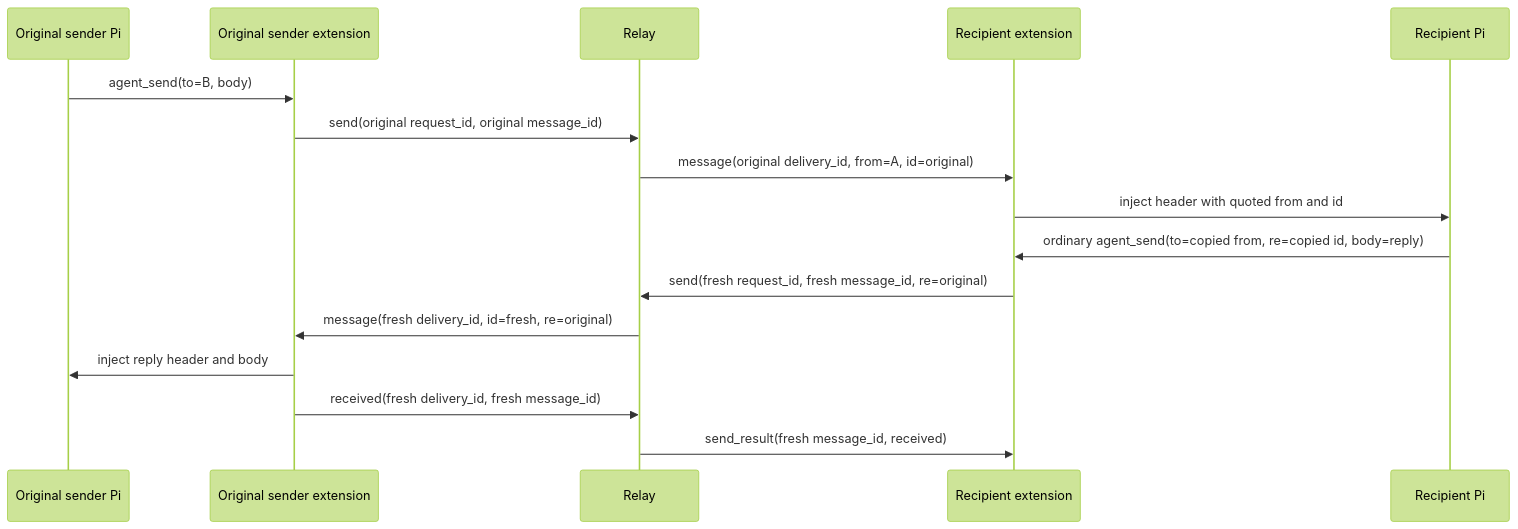
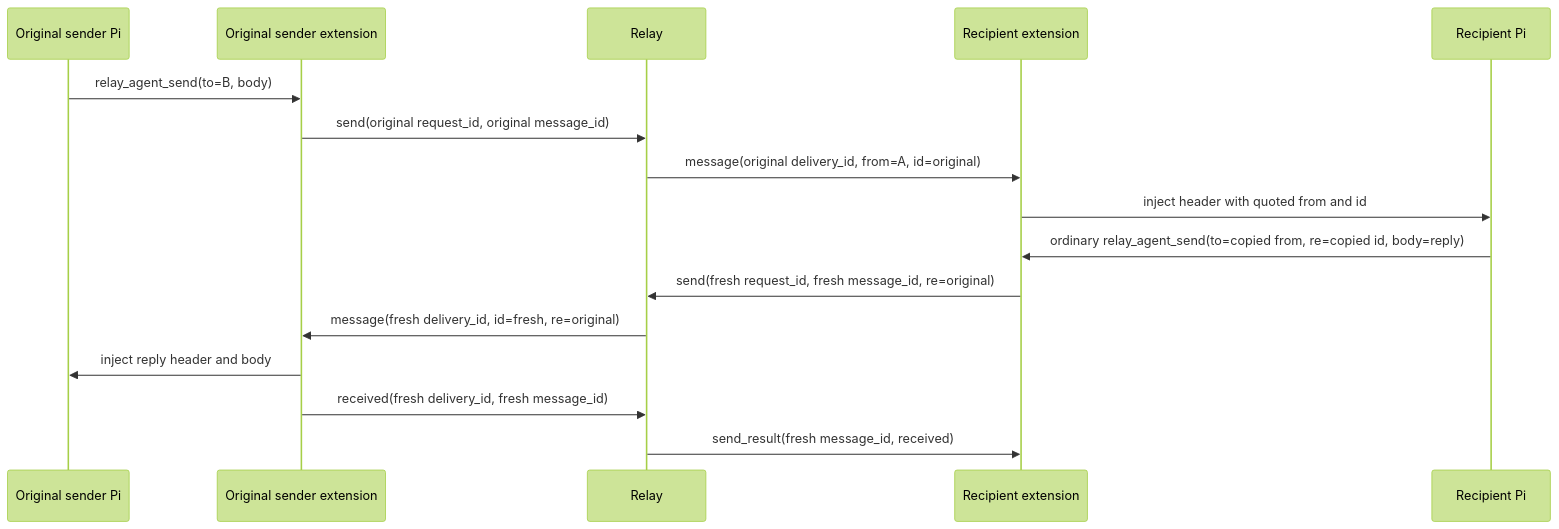
One commit to tigorlazuardi/pi-messaging-relay changed the second of 2 diagrams in docs/src/content/docs/developer/relay/message-delivery.mdx. Above: the diagram before and after it, drawn with Mermaid (forest theme). The commit also changed other lines of this file and 23 other files, not shown here.

First line of the commit message:
feat(extension)!: rename model tools to relay_list_peers and relay_agent_send

````diff
--- a/docs/src/content/docs/developer/relay/message-delivery.mdx
+++ b/docs/src/content/docs/developer/relay/message-delivery.mdx
@@ -126,18 +126,18 @@
 ```mermaid
 sequenceDiagram
     participant A as Original sender Pi
     participant AE as Original sender extension
     participant R as Relay
     participant BE as Recipient extension
     participant B as Recipient Pi
-    A->>AE: agent_send(to=B, body)
+    A->>AE: relay_agent_send(to=B, body)
     AE->>R: send(original request_id, original message_id)
     R->>BE: message(original delivery_id, from=A, id=original)
     BE->>B: inject header with quoted from and id
-    B->>BE: ordinary agent_send(to=copied from, re=copied id, body=reply)
+    B->>BE: ordinary relay_agent_send(to=copied from, re=copied id, body=reply)
     BE->>R: send(fresh request_id, fresh message_id, re=original)
     R->>AE: message(fresh delivery_id, id=fresh, re=original)
     AE->>A: inject reply header and body
     AE->>R: received(fresh delivery_id, fresh message_id)
     R->>BE: send_result(fresh message_id, received)
 ```
````
